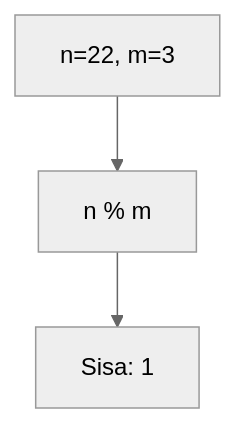
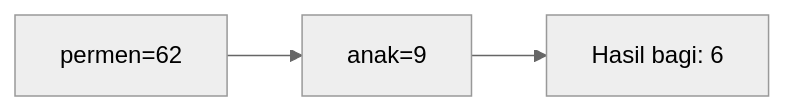
One commit to amnahwaida/OSNK_INF_PREP changed diagram 11 of 25 in part-c-pemahaman-cpp/01-tipe-data/latihan/set-04.md. Above: the diagram before and after it, drawn with Mermaid (neutral theme). The commit also changed other lines of this file and 71 other files, not shown here.

````diff
--- a/part-c-pemahaman-cpp/01-tipe-data/latihan/set-04.md
+++ b/part-c-pemahaman-cpp/01-tipe-data/latihan/set-04.md
@@ -292,5 +306,5 @@
 ```mermaid
-graph TD
-A["n=22, m=3"] --> B["n % m"]
-B --> C["Sisa: 1"]
+graph LR
+A["permen=62"] --> B["anak=9"]
+B --> C["Hasil bagi: 6"]
 ```
````
